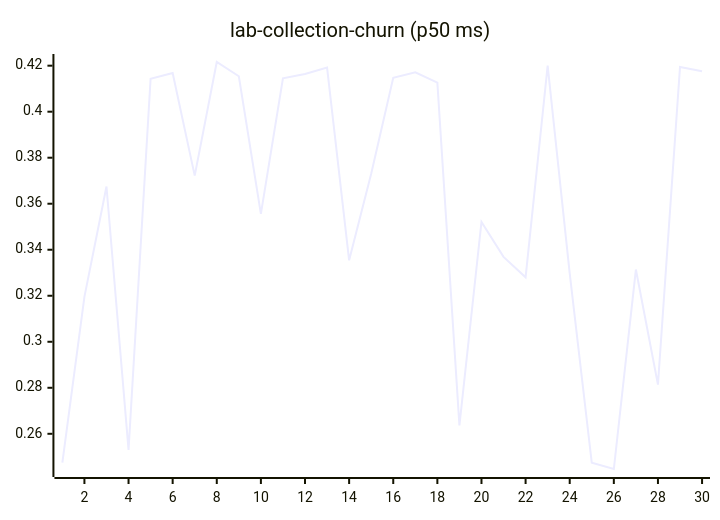
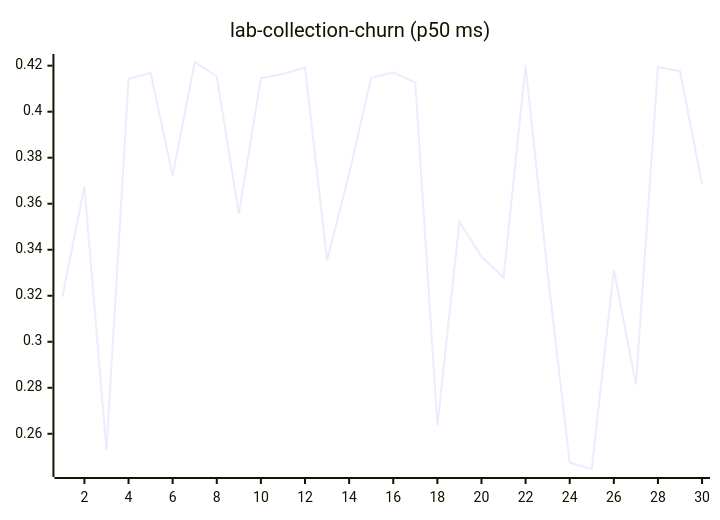
One commit to josha/Facet changed diagram 11 of 27 in README.md. Above: the diagram before and after it, drawn with Mermaid. The commit also changed other lines of this file and 2 other files, not shown here.

````diff
--- a/README.md
+++ b/README.md
@@ -133,6 +133,6 @@
 ```mermaid
 xychart-beta
     title "lab-collection-churn (p50 ms)"
     x-axis 1 --> 30
-    line [0.2475, 0.3195, 0.3675, 0.2530, 0.4143, 0.4168, 0.3722, 0.4216, 0.4154, 0.3556, 0.4145, 0.4164, 0.4192, 0.3354, 0.3730, 0.4147, 0.4171, 0.4126, 0.2636, 0.3521, 0.3369, 0.3280, 0.4200, 0.3297, 0.2474, 0.2447, 0.3314, 0.2814, 0.4194, 0.4176]
+    line [0.3195, 0.3675, 0.2530, 0.4143, 0.4168, 0.3722, 0.4216, 0.4154, 0.3556, 0.4145, 0.4164, 0.4192, 0.3354, 0.3730, 0.4147, 0.4171, 0.4126, 0.2636, 0.3521, 0.3369, 0.3280, 0.4200, 0.3297, 0.2474, 0.2447, 0.3314, 0.2814, 0.4194, 0.4176, 0.3686]
 ```
````
